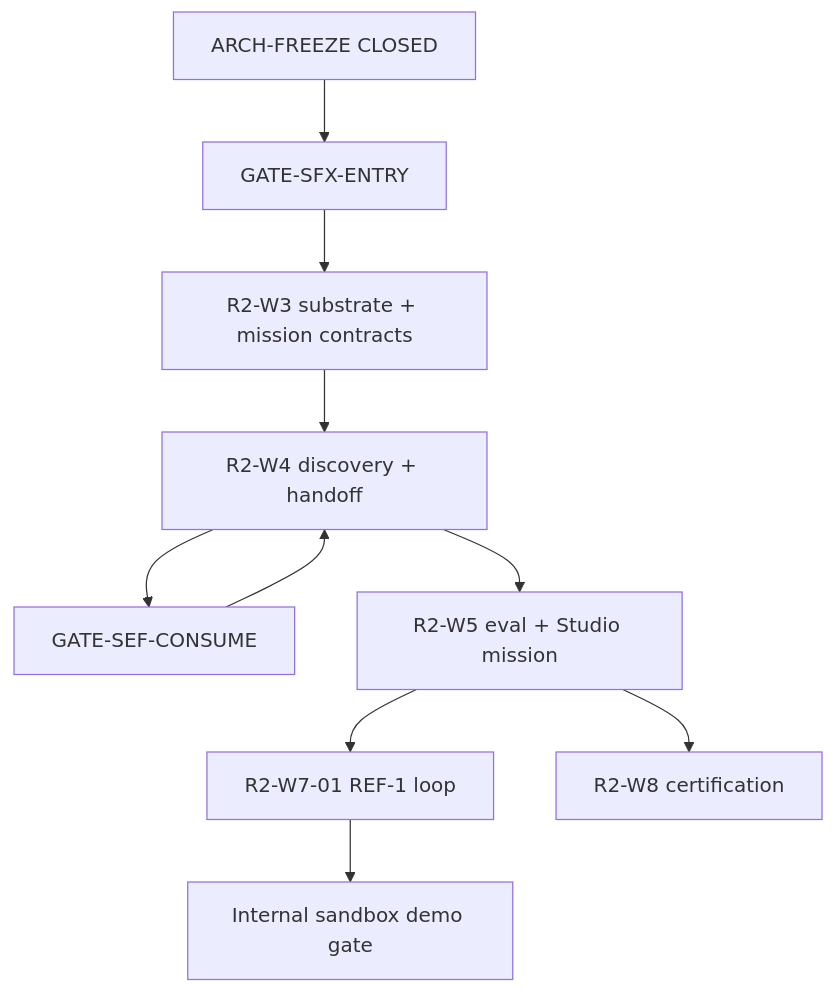
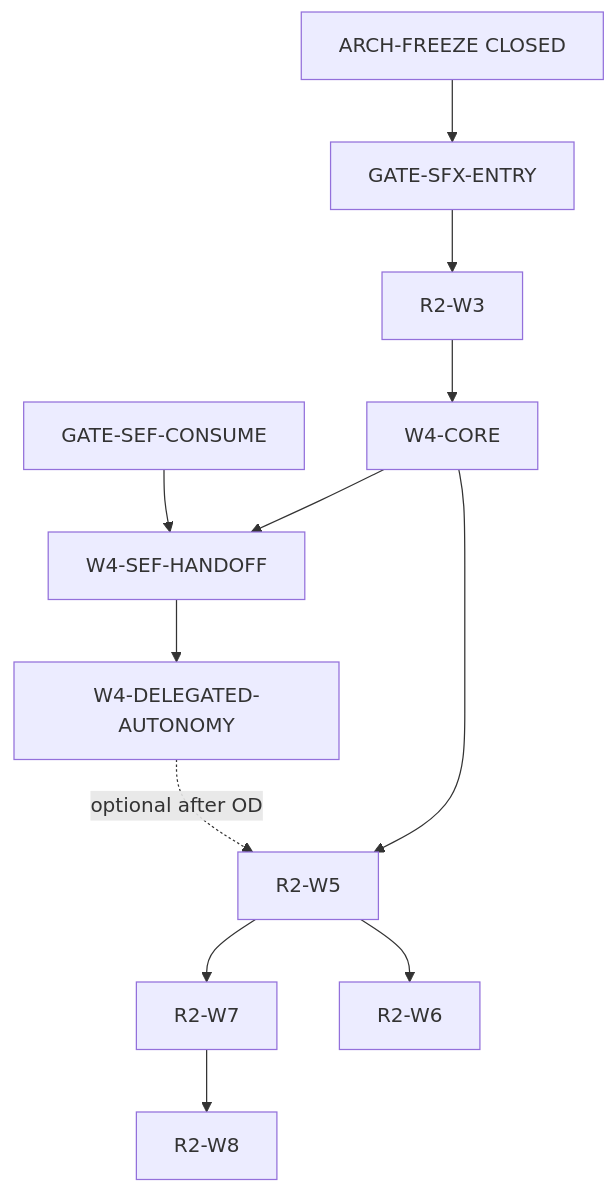
Before and after one commit to jakbuczarnecki/intergrax: the diagram in docs/project/maintainers/qualification/scenario_factory_x/r2/SFX_R2_WBS_DAG_AMENDMENT.md, drawn with Mermaid. The commit also changed other lines of this file and 21 other files, not shown here.

````diff
--- a/docs/project/maintainers/qualification/scenario_factory_x/r2/SFX_R2_WBS_DAG_AMENDMENT.md
+++ b/docs/project/maintainers/qualification/scenario_factory_x/r2/SFX_R2_WBS_DAG_AMENDMENT.md
@@ -7,17 +7,22 @@
 ```mermaid
 flowchart TB
   AF[ARCH-FREEZE CLOSED]
   GSE[GATE-SFX-ENTRY]
-  W3[R2-W3 substrate + mission contracts]
-  W4[R2-W4 discovery + handoff]
   GSC[GATE-SEF-CONSUME]
-  W5[R2-W5 eval + Studio mission]
-  REF1[R2-W7-01 REF-1 loop]
-  DEMO[Internal sandbox demo gate]
-  W8[R2-W8 certification]
-  AF --> GSE --> W3 --> W4
-  W4 --> GSC
-  GSC --> W4
-  W4 --> W5 --> REF1 --> DEMO
-  W5 --> W8
+  W3[R2-W3]
+  W4C[W4-CORE]
+  W4S[W4-SEF-HANDOFF]
+  W4D[W4-DELEGATED-AUTONOMY]
+  W5[R2-W5]
+  W6[R2-W6]
+  W7[R2-W7]
+  W8[R2-W8]
+  AF --> GSE --> W3 --> W4C
+  GSC --> W4S
+  W4C --> W4S
+  W4S --> W4D
+  W4C --> W5
+  W4D -.optional after OD.-> W5
+  W5 --> W7 --> W8
+  W5 --> W6
 ```
````
